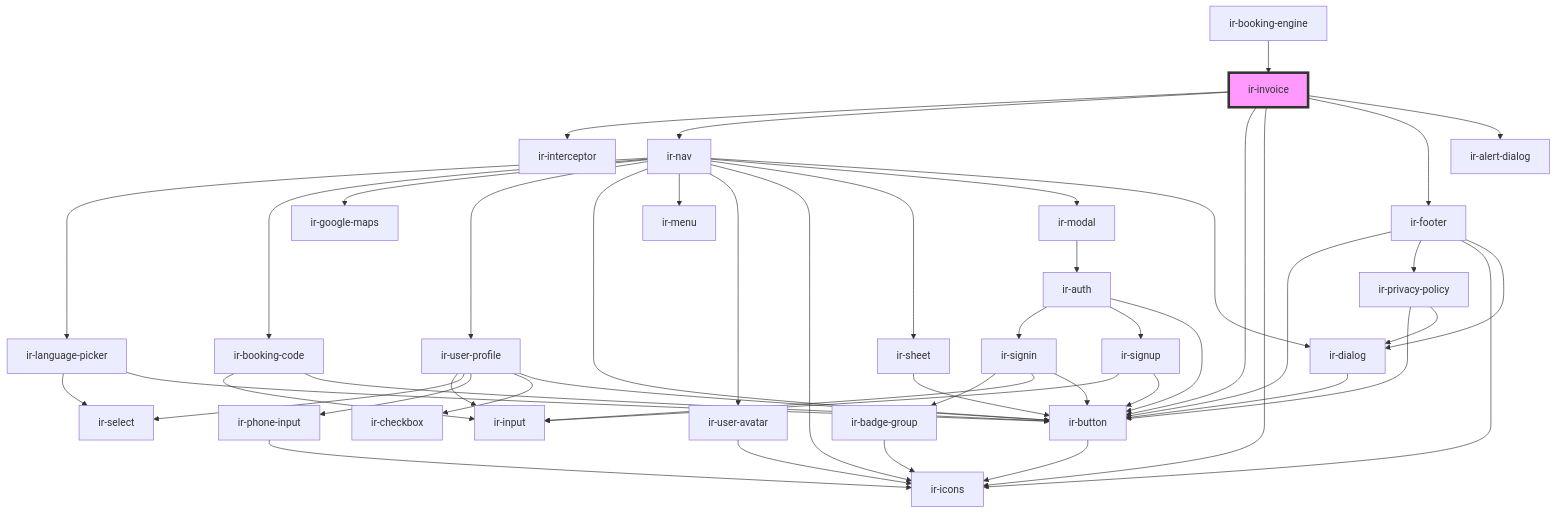
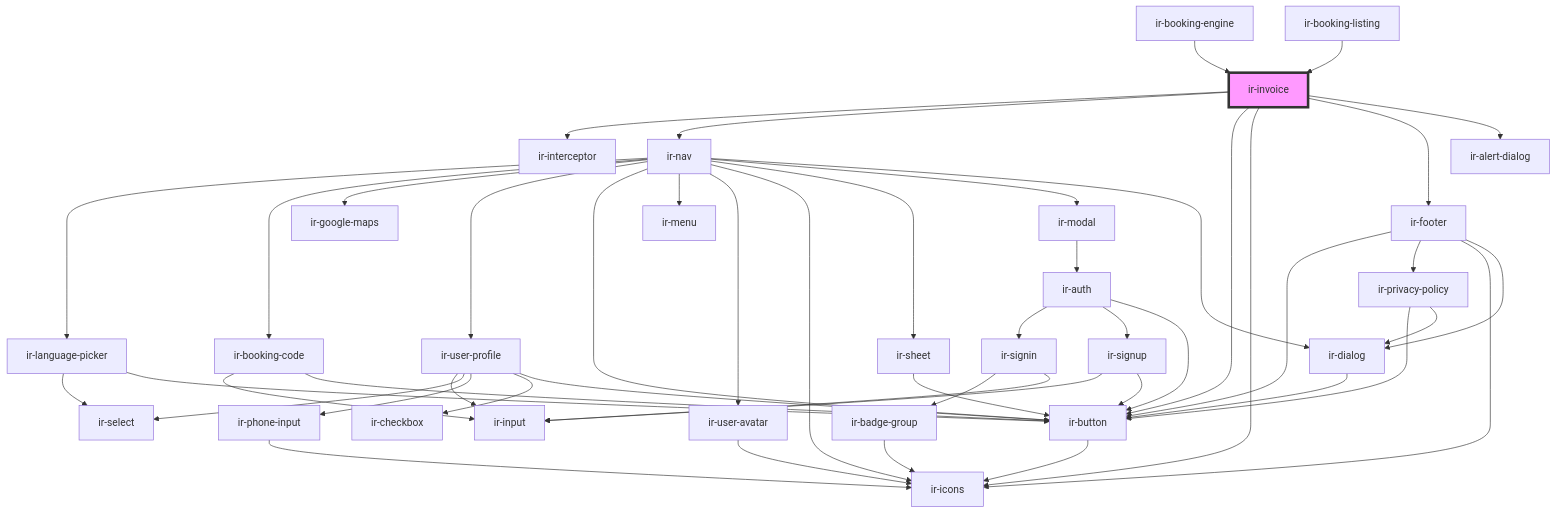
One commit to RonyRizk/ir-be changed the diagram in src/components/ir-invoice/readme.md. Above: the diagram before and after it, drawn with Mermaid. The commit also changed other lines of this file and 52 other files, not shown here.

````diff
--- a/src/components/ir-invoice/readme.md
+++ b/src/components/ir-invoice/readme.md
@@ -40,52 +43,52 @@
 ```mermaid
 graph TD;
   ir-invoice --> ir-interceptor
   ir-invoice --> ir-nav
   ir-invoice --> ir-button
   ir-invoice --> ir-icons
   ir-invoice --> ir-footer
   ir-invoice --> ir-alert-dialog
   ir-nav --> ir-language-picker
   ir-nav --> ir-booking-code
   ir-nav --> ir-google-maps
   ir-nav --> ir-user-profile
   ir-nav --> ir-button
   ir-nav --> ir-menu
   ir-nav --> ir-user-avatar
   ir-nav --> ir-icons
   ir-nav --> ir-sheet
   ir-nav --> ir-modal
   ir-nav --> ir-dialog
   ir-language-picker --> ir-select
   ir-language-picker --> ir-button
   ir-button --> ir-icons
   ir-booking-code --> ir-input
   ir-booking-code --> ir-button
   ir-user-profile --> ir-input
   ir-user-profile --> ir-select
   ir-user-profile --> ir-phone-input
   ir-user-profile --> ir-checkbox
   ir-user-profile --> ir-button
   ir-phone-input --> ir-icons
   ir-user-avatar --> ir-icons
   ir-sheet --> ir-button
   ir-modal --> ir-auth
   ir-auth --> ir-signin
   ir-auth --> ir-signup
   ir-auth --> ir-button
   ir-signin --> ir-badge-group
   ir-signin --> ir-input
-  ir-signin --> ir-button
   ir-badge-group --> ir-icons
   ir-signup --> ir-input
   ir-signup --> ir-button
   ir-dialog --> ir-button
   ir-footer --> ir-button
   ir-footer --> ir-privacy-policy
   ir-footer --> ir-icons
   ir-footer --> ir-dialog
   ir-privacy-policy --> ir-button
   ir-privacy-policy --> ir-dialog
   ir-booking-engine --> ir-invoice
+  ir-booking-listing --> ir-invoice
   style ir-invoice fill:#f9f,stroke:#333,stroke-width:4px
 ```
````
